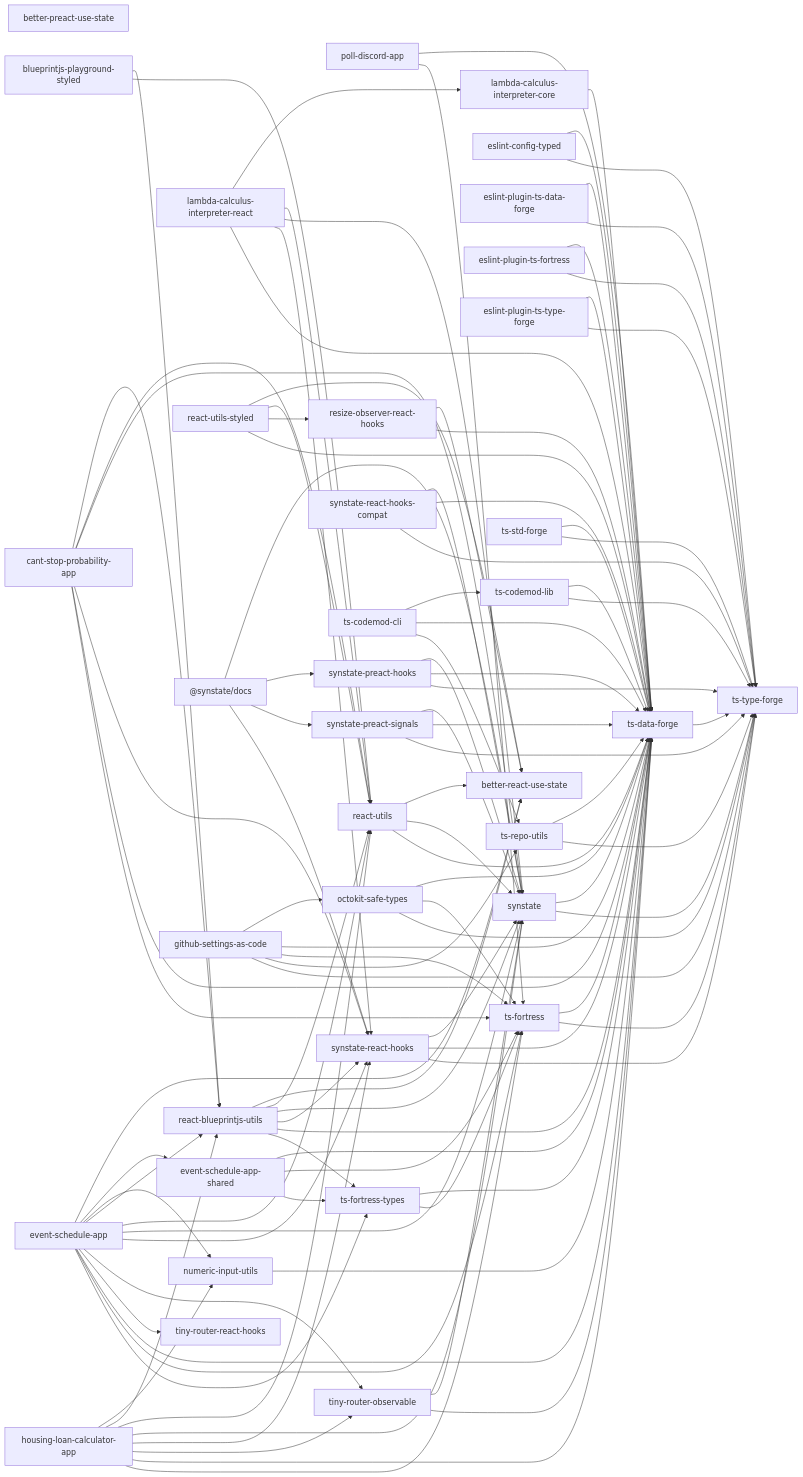
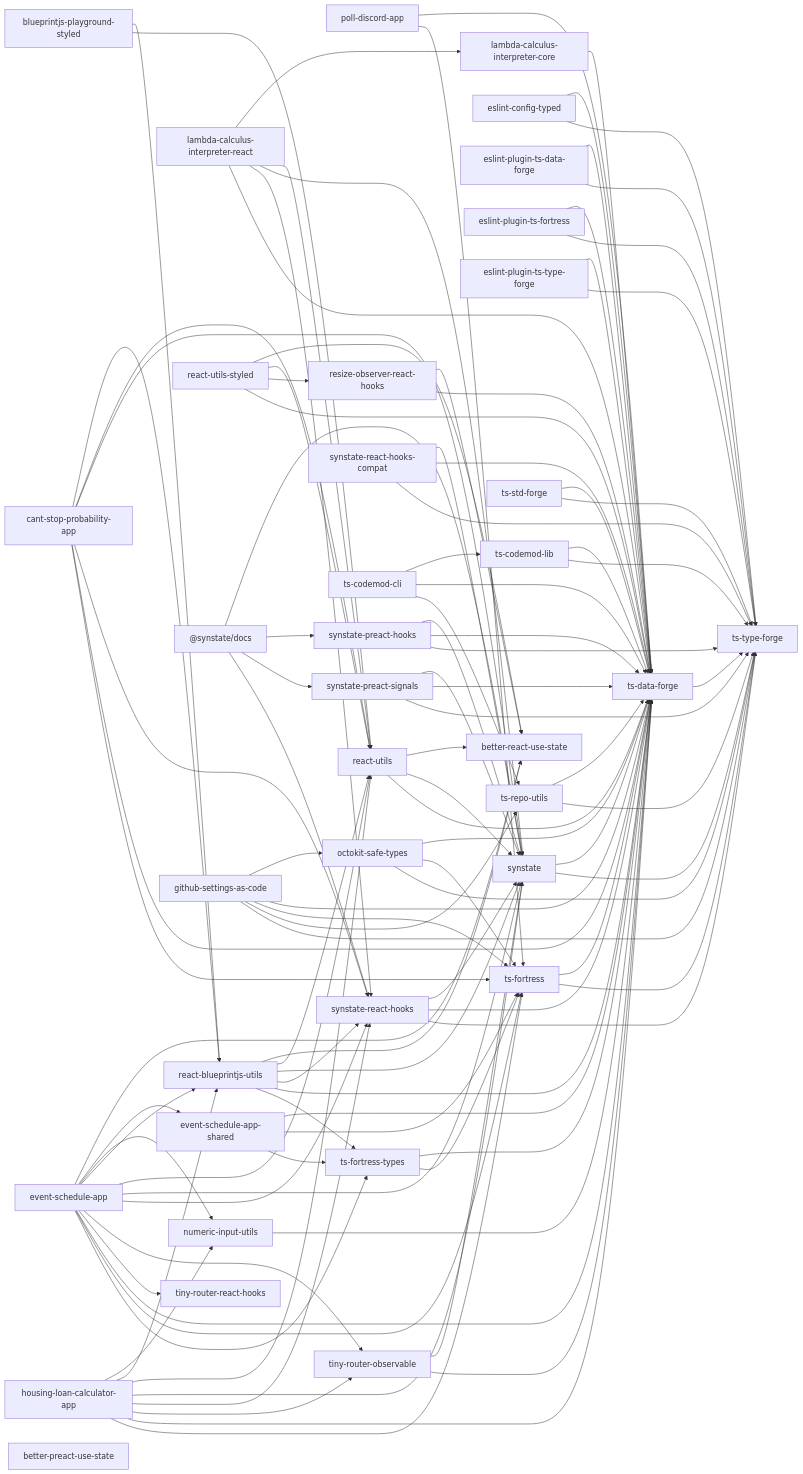
Before and after one commit to noshiro-pf/mono: the diagram in docs/package-dependencies.md, drawn with Mermaid. The commit also changed other lines of this file and 26 other files, not shown here.

First line of the commit message:
feat: publish better-preact-use-state from libs/, aligned with the React version (#1820)

````diff
--- a/docs/package-dependencies.md
+++ b/docs/package-dependencies.md
@@ -13,6 +13,5 @@
 ```mermaid
 graph LR
-  better_preact_use_state["better-preact-use-state"]
   blueprintjs_playground_styled["blueprintjs-playground-styled"]
   cant_stop_probability_app["cant-stop-probability-app"]
   event_schedule_app["event-schedule-app"]
@@ -30,6 +29,7 @@
   tiny_router_observable["tiny-router-observable"]
   tiny_router_react_hooks["tiny-router-react-hooks"]
   ts_fortress_types["ts-fortress-types"]
+  better_preact_use_state["better-preact-use-state"]
   better_react_use_state["better-react-use-state"]
   eslint_config_typed["eslint-config-typed"]
   eslint_plugin_ts_data_forge["eslint-plugin-ts-data-forge"]
````
